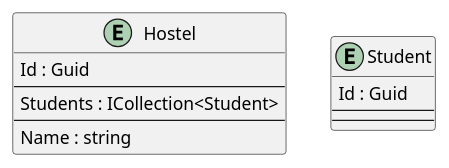
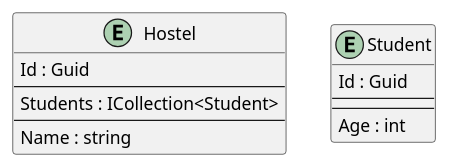
Before and after one commit to intrepion/https-code-maze.com-csharp-create-better-looking-console-applications-with-spectre-console-: the diagram in .docs/HostelStudents.pu, drawn with PlantUML.

```diff
--- a/.docs/HostelStudents.pu
+++ b/.docs/HostelStudents.pu
@@ -1,25 +1,26 @@
 @startuml
 
 entity Hostel {
     Id : Guid
     --
     Students : ICollection<Student>
     ' HostelKeyCodePlaceholder
     --
     Name : string
     ' HostelPropertyCodePlaceholder
 }
 
 entity Student {
     Id : Guid
     --
     ' StudentKeyCodePlaceholder
     --
+    Age : int
     ' StudentPropertyCodePlaceholder
 }
 
 ' EntityCodePlaceholder
 
 ' RelationshipCodePlaceholder
 
 @enduml
```
